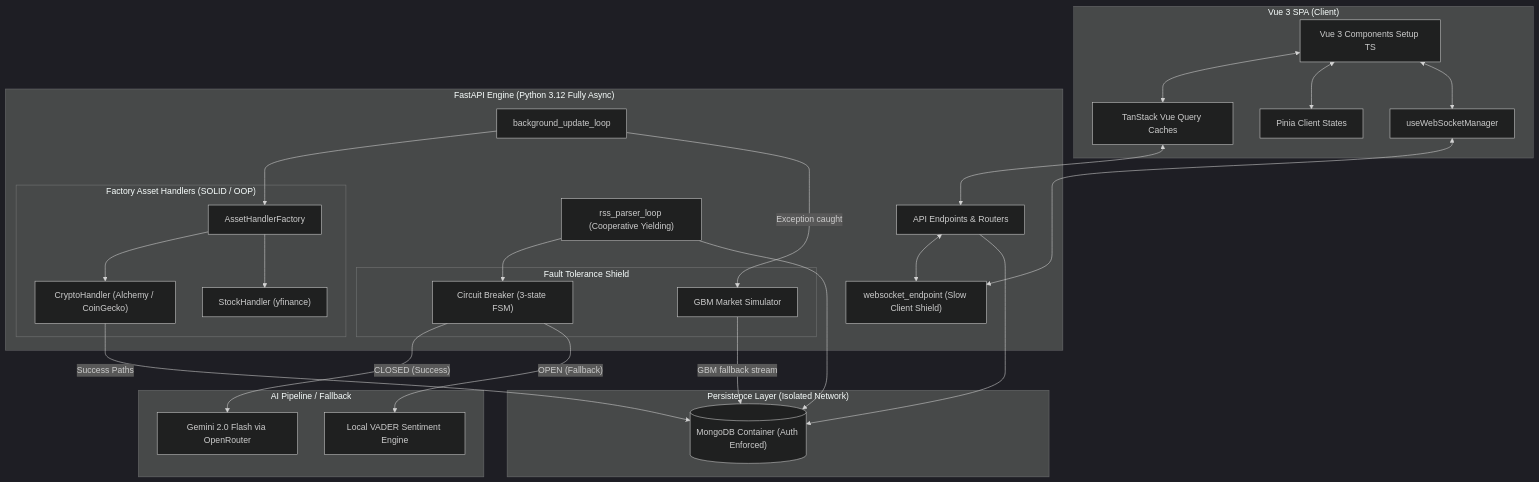
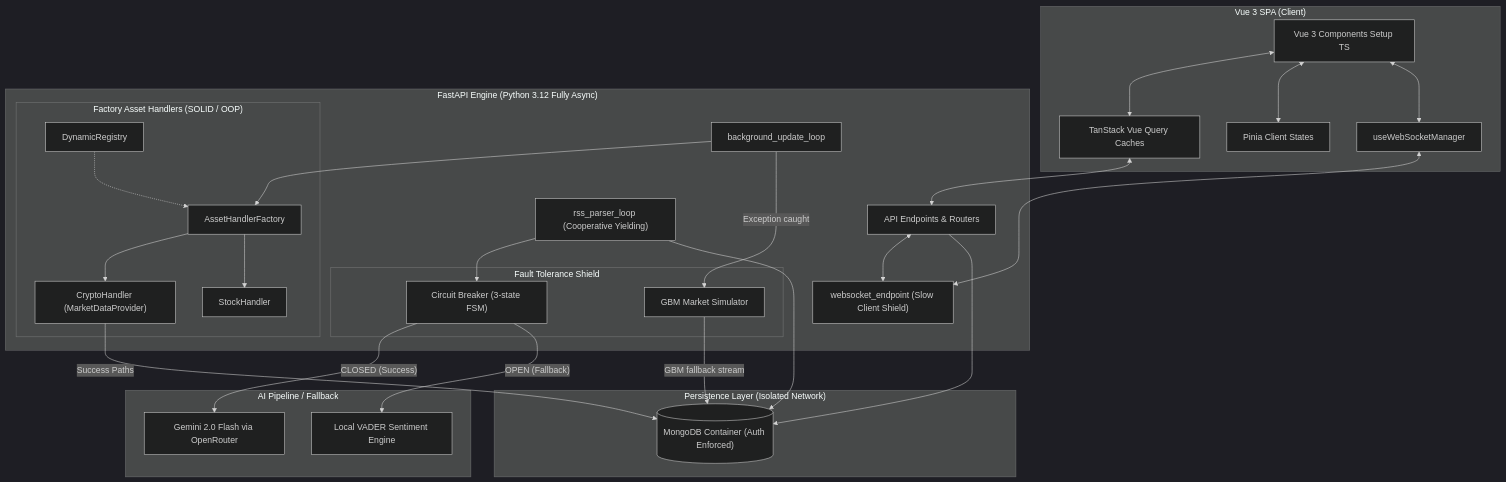
The diagram in README.md (AlexKrivokorytov/Crypto-Market_Sentiment_Analyzer.), drawn with Mermaid (dark theme) before and after one commit. The commit also changed other lines of this file and 49 other files, not shown here.

Commit message:
feat: complete backend OOP refactor, adaptive frontend UI, and dynamic registry implementation

````diff
--- a/README.md
+++ b/README.md
@@ -39,46 +40,48 @@
 ```mermaid
 graph TD
     subgraph Frontend["Vue 3 SPA (Client)"]
         V["Vue 3 Components Setup TS"] <--> PQ["TanStack Vue Query Caches"]
         V <--> P["Pinia Client States"]
         V <--> WS_C["useWebSocketManager"]
     end
 
     subgraph Backend["FastAPI Engine (Python 3.12 Fully Async)"]
         E["API Endpoints & Routers"] <--> WS_S["websocket_endpoint (Slow Client Shield)"]
         BUL["background_update_loop"]
         Parser["rss_parser_loop (Cooperative Yielding)"]
         
         subgraph Handlers["Factory Asset Handlers (SOLID / OOP)"]
             F["AssetHandlerFactory"]
-            F --> CH["CryptoHandler (Alchemy / CoinGecko)"]
-            F --> SH["StockHandler (yfinance)"]
+            DR["DynamicRegistry"]
+            F --> CH["CryptoHandler (MarketDataProvider)"]
+            F --> SH["StockHandler"]
+            DR -.-> F
         end
-        
+
         subgraph Reliability["Fault Tolerance Shield"]
             CB["Circuit Breaker (3-state FSM)"]
             SIM["GBM Market Simulator"]
         end
     end
 
     subgraph AI["AI Pipeline / Fallback"]
         LLM_API["Gemini 2.0 Flash via OpenRouter"]
         Vader["Local VADER Sentiment Engine"]
     end
 
     subgraph Database["Persistence Layer (Isolated Network)"]
         DB[("MongoDB Container (Auth Enforced)")]
     end
 
     PQ <--> E
     WS_C <--> WS_S
     BUL --> F
     CH -- "Success Paths" --> DB
     BUL -- "Exception caught" --> SIM
     SIM -- "GBM fallback stream" --> DB
     Parser --> CB
     CB -- "CLOSED (Success)" --> LLM_API
     CB -- "OPEN (Fallback)" --> Vader
     Parser --> DB
     E --> DB
 ```
````
